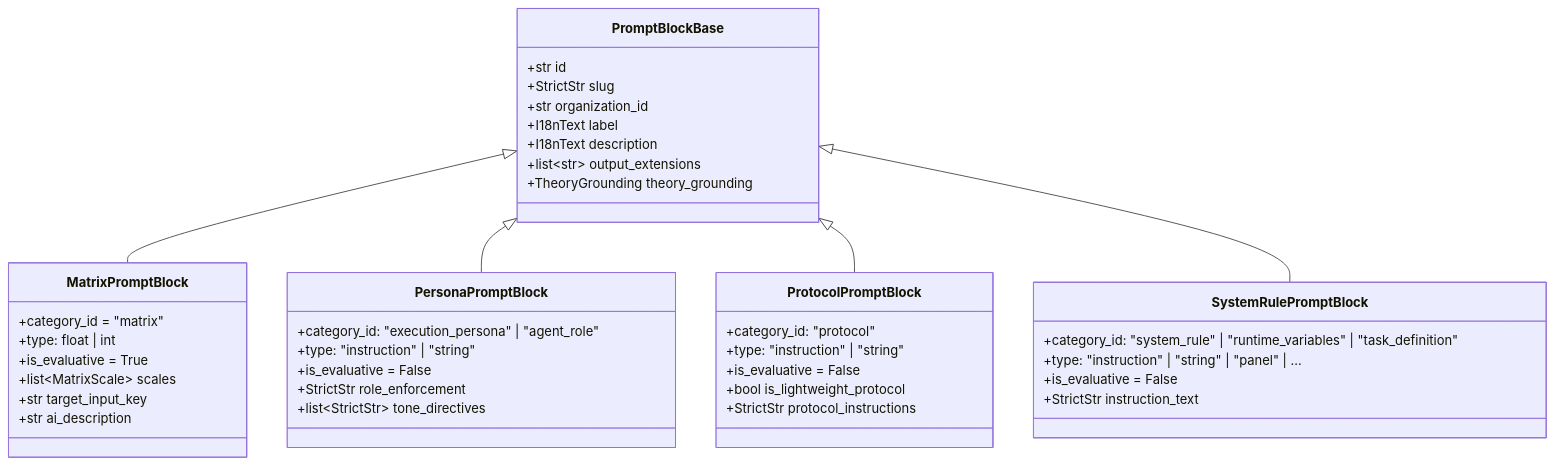
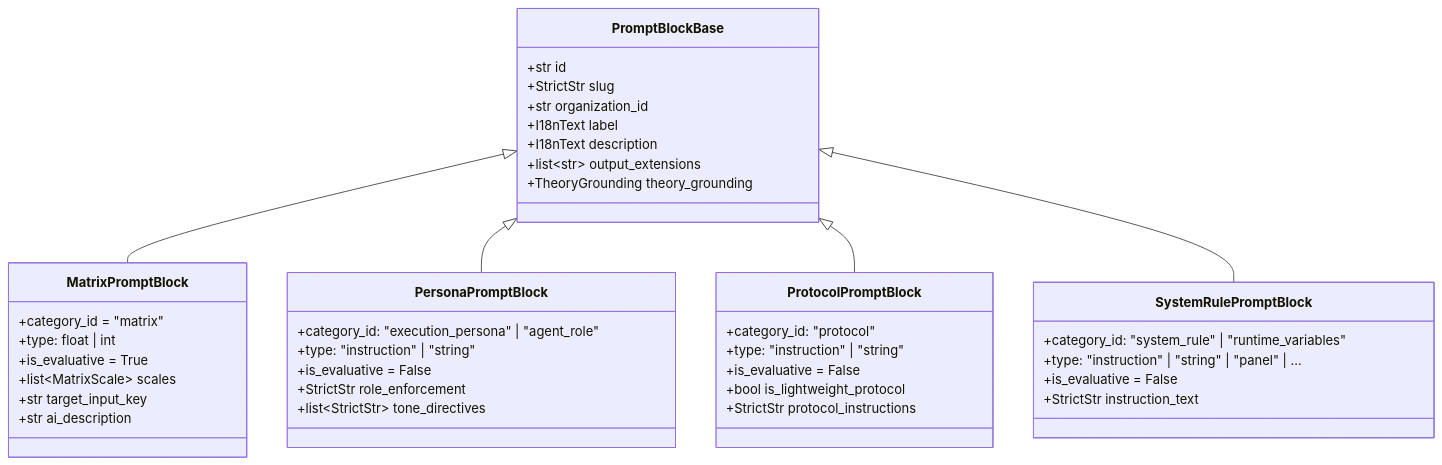
The second of 5 diagrams in docs/architecture/09_llm_prompt_orchestration_and_matrix_evaluation.md (launis/quorum), drawn with Mermaid before and after one commit. The commit also changed other lines of this file and 5 other files, not shown here.

First line of the commit message:
docs(architecture): sync task_briefs ontology and crud lifecycle

````diff
--- a/docs/architecture/09_llm_prompt_orchestration_and_matrix_evaluation.md
+++ b/docs/architecture/09_llm_prompt_orchestration_and_matrix_evaluation.md
@@ -485,45 +485,45 @@
 ```mermaid
 classDiagram
     class PromptBlockBase {
         +str id
         +StrictStr slug
         +str organization_id
         +I18nText label
         +I18nText description
         +list~str~ output_extensions
         +TheoryGrounding theory_grounding
     }
     class MatrixPromptBlock {
         +category_id = "matrix"
         +type: float | int
         +is_evaluative = True
         +list~MatrixScale~ scales
         +str target_input_key
         +str ai_description
     }
     class PersonaPromptBlock {
         +category_id: "execution_persona" | "agent_role"
         +type: "instruction" | "string"
         +is_evaluative = False
         +StrictStr role_enforcement
         +list~StrictStr~ tone_directives
     }
     class ProtocolPromptBlock {
         +category_id: "protocol"
         +type: "instruction" | "string"
         +is_evaluative = False
         +bool is_lightweight_protocol
         +StrictStr protocol_instructions
     }
     class SystemRulePromptBlock {
-        +category_id: "system_rule" | "runtime_variables" | "task_definition"
+        +category_id: "system_rule" | "runtime_variables"
         +type: "instruction" | "string" | "panel" | ...
         +is_evaluative = False
         +StrictStr instruction_text
     }
 
     PromptBlockBase <|-- MatrixPromptBlock
     PromptBlockBase <|-- PersonaPromptBlock
     PromptBlockBase <|-- ProtocolPromptBlock
     PromptBlockBase <|-- SystemRulePromptBlock
 ```
````
